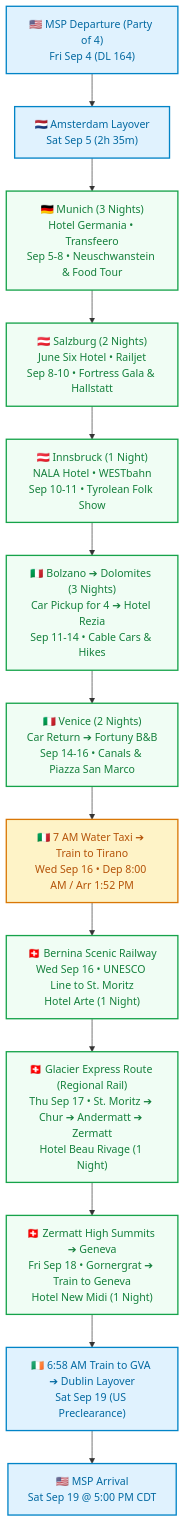
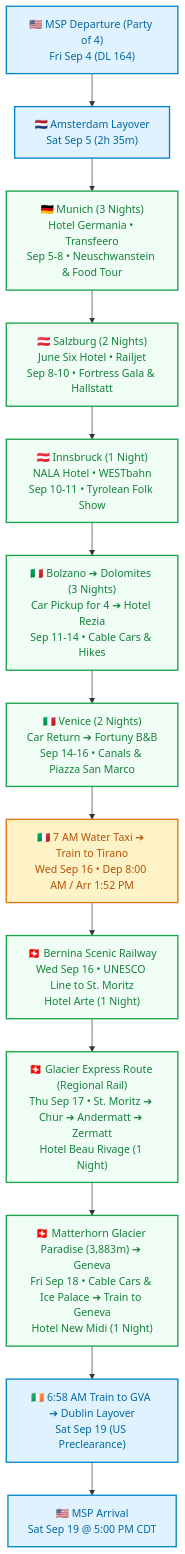
Before and after one commit to mrkm32/europe-trip-2026: the diagram in README.md, drawn with Mermaid. The commit also changed other lines of this file and 3 other files, not shown here.

Commit message:
Confirm Option B: Matterhorn Glacier Paradise & Glacier Palace on Day 15 (v3.21)

````diff
--- a/README.md
+++ b/README.md
@@ -75,23 +75,23 @@
 ```mermaid
 flowchart TD
     A["🇺🇸 MSP Departure (Party of 4)<br/>Fri Sep 4 (DL 164)"] --> B["🇳🇱 Amsterdam Layover<br/>Sat Sep 5 (2h 35m)"]
     B --> C["🇩🇪 Munich (3 Nights)<br/>Hotel Germania • Transfeero<br/>Sep 5-8 • Neuschwanstein & Food Tour"]
     C --> D["🇦🇹 Salzburg (2 Nights)<br/>June Six Hotel • Railjet<br/>Sep 8-10 • Fortress Gala & Hallstatt"]
     D --> E["🇦🇹 Innsbruck (1 Night)<br/>NALA Hotel • WESTbahn<br/>Sep 10-11 • Tyrolean Folk Show"]
     E --> F["🇮🇹 Bolzano ➔ Dolomites (3 Nights)<br/>Car Pickup for 4 ➔ Hotel Rezia<br/>Sep 11-14 • Cable Cars & Hikes"]
     F --> G["🇮🇹 Venice (2 Nights)<br/>Car Return ➔ Fortuny B&B<br/>Sep 14-16 • Canals & Piazza San Marco"]
     G --> H["🇮🇹 7 AM Water Taxi ➔ Train to Tirano<br/>Wed Sep 16 • Dep 8:00 AM / Arr 1:52 PM"]
     H --> I["🇨🇭 Bernina Scenic Railway<br/>Wed Sep 16 • UNESCO Line to St. Moritz<br/>Hotel Arte (1 Night)"]
     I --> J["🇨🇭 Glacier Express Route (Regional Rail)<br/>Thu Sep 17 • St. Moritz ➔ Chur ➔ Andermatt ➔ Zermatt<br/>Hotel Beau Rivage (1 Night)"]
-    J --> K["🇨🇭 Zermatt High Summits ➔ Geneva<br/>Fri Sep 18 • Gornergrat ➔ Train to Geneva<br/>Hotel New Midi (1 Night)"]
+    J --> K["🇨🇭 Matterhorn Glacier Paradise (3,883m) ➔ Geneva<br/>Fri Sep 18 • Cable Cars & Ice Palace ➔ Train to Geneva<br/>Hotel New Midi (1 Night)"]
     K --> L["🇮🇪 6:58 AM Train to GVA ➔ Dublin Layover<br/>Sat Sep 19 (US Preclearance)"]
     L --> M["🇺🇸 MSP Arrival<br/>Sat Sep 19 @ 5:00 PM CDT"]
 
     classDef flight fill:#e0f2fe,stroke:#0284c7,stroke-width:2px,color:#0369a1;
     classDef stay fill:#f0fdf4,stroke:#16a34a,stroke-width:2px,color:#15803d;
     classDef transit fill:#fef3c7,stroke:#d97706,stroke-width:2px,color:#b45309;
 
     class A,B,L,M flight;
     class C,D,E,F,G,I,J,K stay;
     class H transit;
 ```
````
